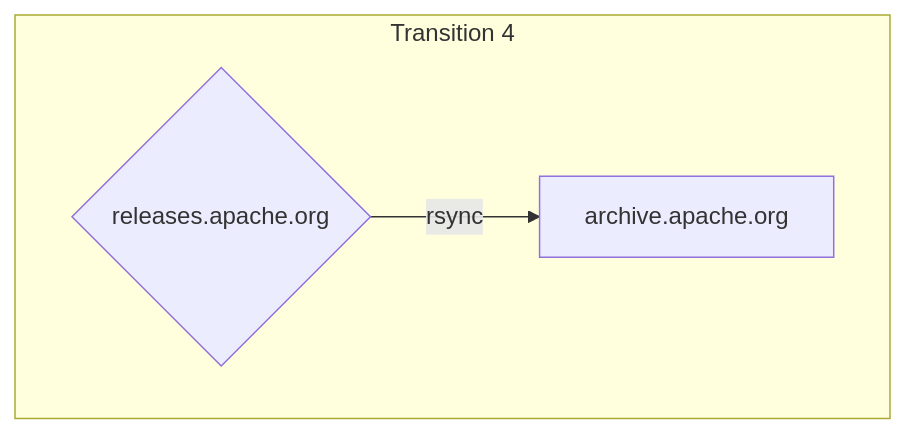
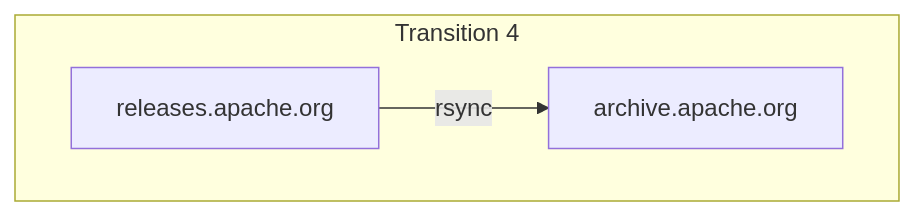
The sixth of 6 diagrams in content/pages/svn-dist.md (apache/tooling-docs), drawn with Mermaid before and after one commit. The commit also changed other lines of this file, not shown here.

````diff
--- a/content/pages/svn-dist.md
+++ b/content/pages/svn-dist.md
@@ -124,8 +124,8 @@
 ```mermaid
 flowchart TD
   subgraph Transition 4
-    ATR{"releases.apache.org"}
+    ATR["releases.apache.org"]
     D[archive.apache.org]
     ATR -->|rsync| D
   end
 ```
````
